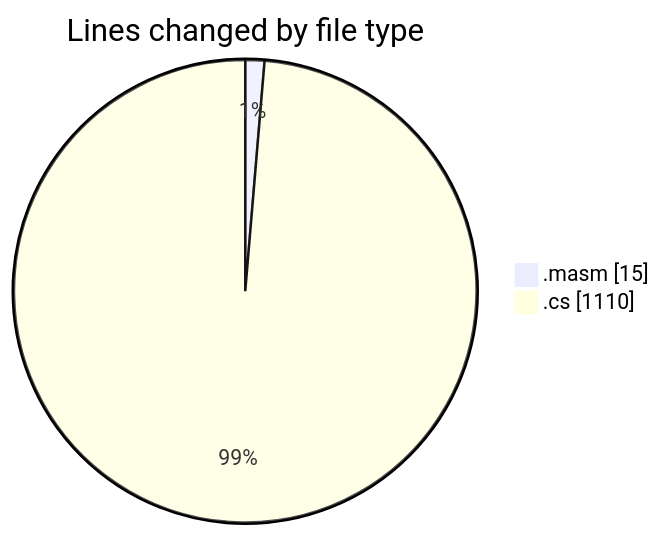
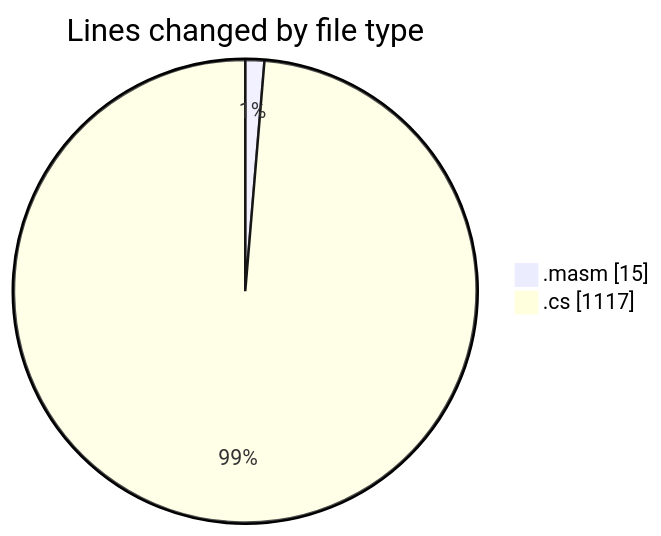
The first of 2 diagrams in 2025-03-18/sharpmasm/README.md (charlie-sans/code-tracking), drawn with Mermaid before and after one commit. The commit also changed other lines of this file and 1 other file, not shown here.

````diff
--- a/2025-03-18/sharpmasm/README.md
+++ b/2025-03-18/sharpmasm/README.md
@@ -22,6 +22,6 @@
 ```mermaid
 pie showData
 title Lines changed by file type
 ".masm" : 15
-".cs" : 1110
+".cs" : 1117
 ```
````
